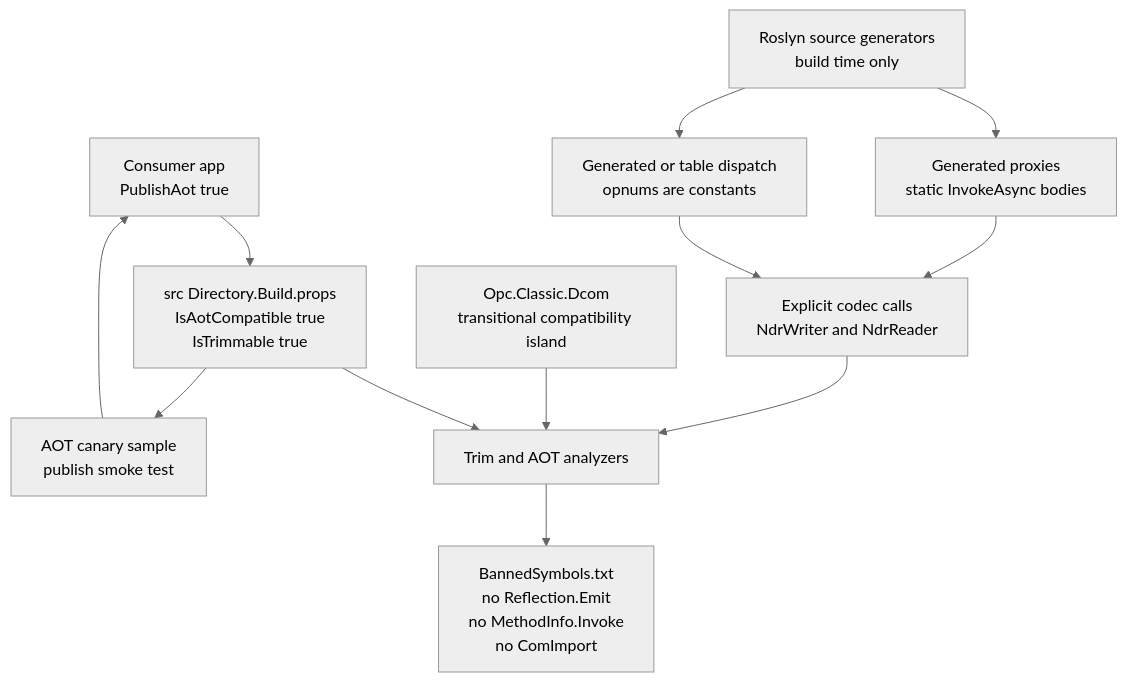
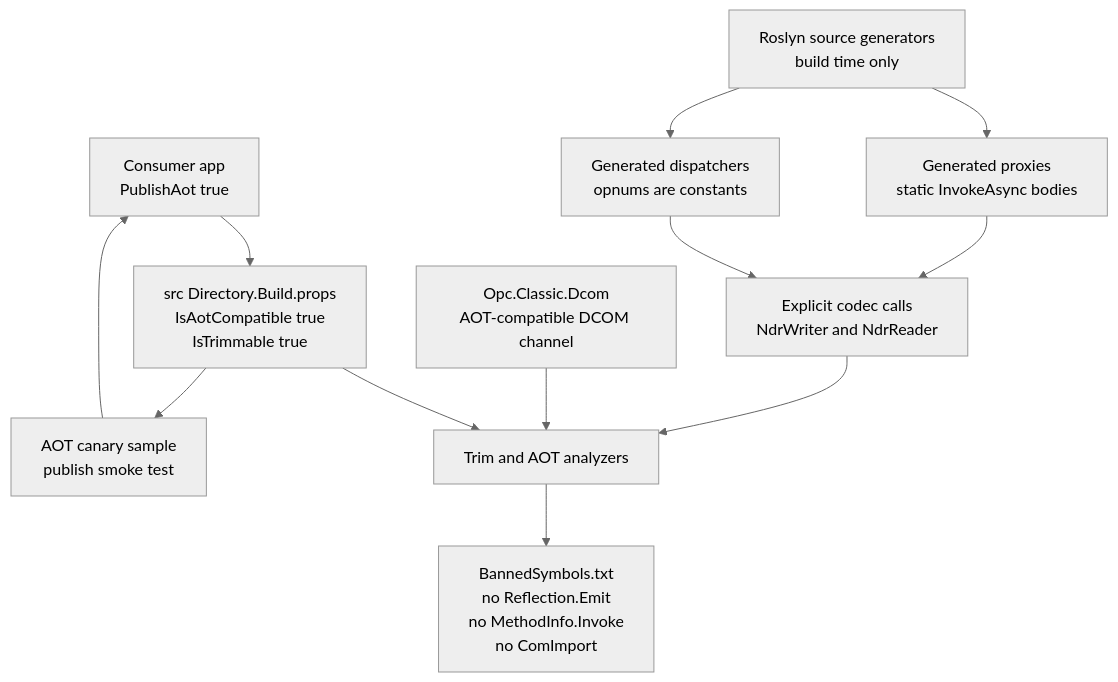
The diagram in docs/diagrams/10-aot-trimming-shape.md (marcschier/opc-classic), drawn with Mermaid (neutral theme) before and after one commit. The commit also changed other lines of this file and 9 other files, not shown here.

Commit message:
Docs: rewrite diagrams/ as current-state (no transitional Dcom narrative)

````diff
--- a/docs/diagrams/10-aot-trimming-shape.md
+++ b/docs/diagrams/10-aot-trimming-shape.md
@@ -9,25 +9,25 @@
 ```mermaid
 flowchart TD
     App["Consumer app<br/>PublishAot true"]
     Props["src Directory.Build.props<br/>IsAotCompatible true<br/>IsTrimmable true"]
     Analyzer["Trim and AOT analyzers"]
     Banned["BannedSymbols.txt<br/>no Reflection.Emit<br/>no MethodInfo.Invoke<br/>no ComImport"]
     SourceGen["Roslyn source generators<br/>build time only"]
     Proxies["Generated proxies<br/>static InvokeAsync bodies"]
     Codecs["Explicit codec calls<br/>NdrWriter and NdrReader"]
-    Dispatch["Generated or table dispatch<br/>opnums are constants"]
-    Dcom["Opc.Classic.Dcom<br/>transitional compatibility island"]
+    Dispatch["Generated dispatchers<br/>opnums are constants"]
+    Dcom["Opc.Classic.Dcom<br/>AOT-compatible DCOM channel"]
     Canary["AOT canary sample<br/>publish smoke test"]
 
     App --> Props
     Props --> Analyzer
     Analyzer --> Banned
     SourceGen --> Proxies
     SourceGen --> Dispatch
     Proxies --> Codecs
     Dispatch --> Codecs
     Codecs --> Analyzer
     Dcom --> Analyzer
     Props --> Canary
     Canary --> App
 ```
````
